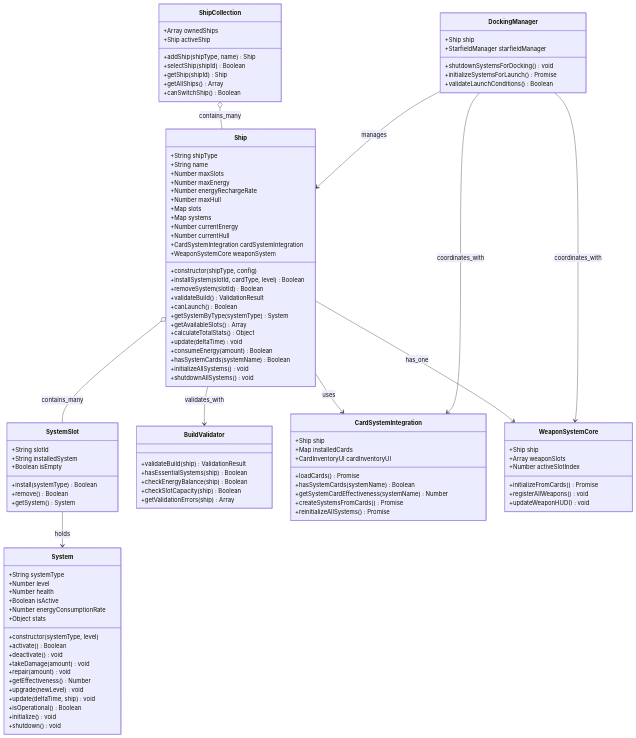
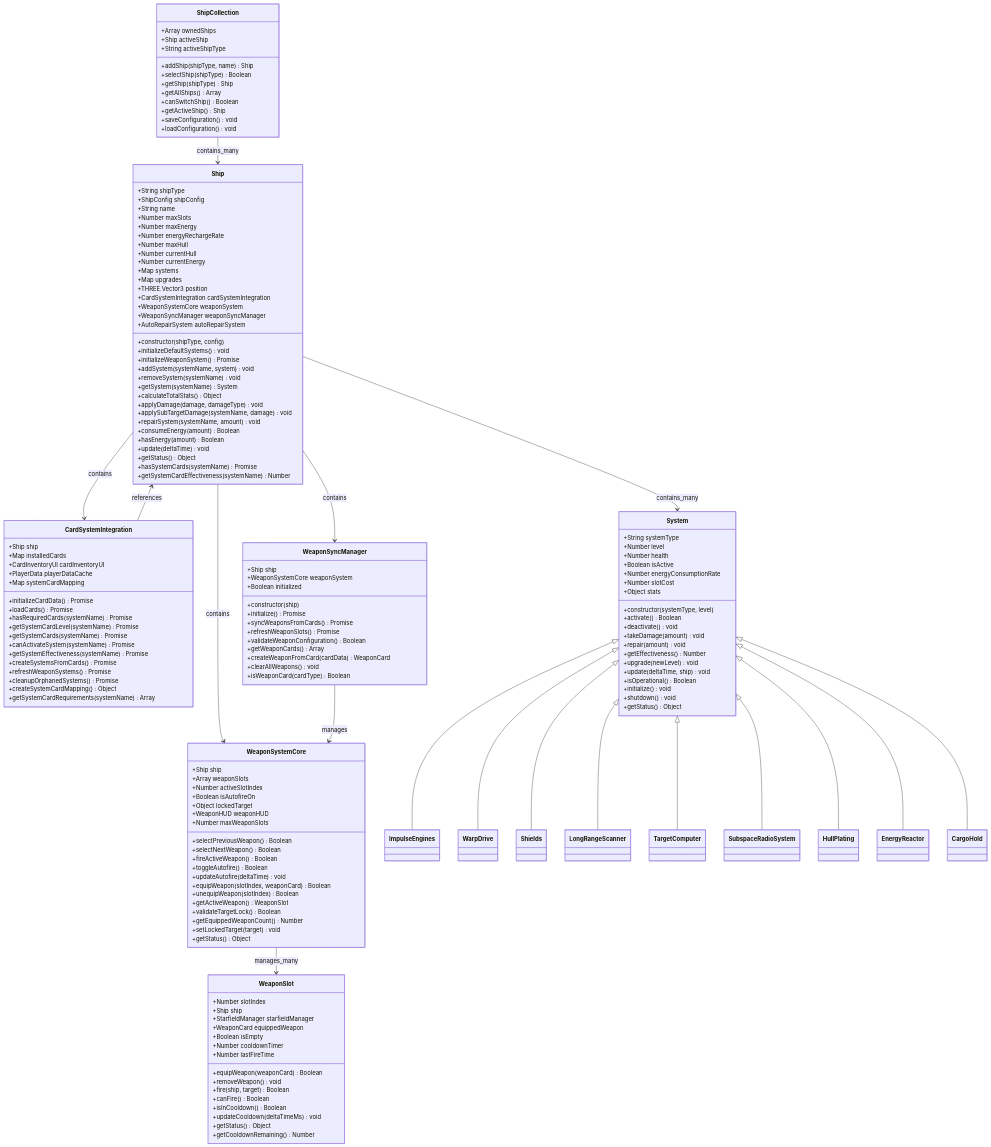
The fourth of 10 diagrams in docs/system_architecture.md (thoracle/planetz), drawn with Mermaid before and after one commit. The commit also changed other lines of this file and 3 other files, not shown here.

````diff
--- a/docs/system_architecture.md
+++ b/docs/system_architecture.md
@@ -117,39 +222,57 @@
 classDiagram
     class Ship {
         +String shipType
+        +ShipConfig shipConfig
         +String name
         +Number maxSlots
         +Number maxEnergy
         +Number energyRechargeRate
         +Number maxHull
-        +Map slots
+        +Number currentHull
+        +Number currentEnergy
         +Map systems
-        +Number currentEnergy
-        +Number currentHull
+        +Map upgrades
+        +THREE.Vector3 position
         +CardSystemIntegration cardSystemIntegration
         +WeaponSystemCore weaponSystem
+        +WeaponSyncManager weaponSyncManager
+        +AutoRepairSystem autoRepairSystem
         +constructor(shipType, config)
-        +installSystem(slotId, cardType, level) Boolean
-        +removeSystem(slotId) Boolean
-        +validateBuild() ValidationResult
-        +canLaunch() Boolean
-        +getSystemByType(systemType) System
-        +getAvailableSlots() Array
+        +initializeDefaultSystems() void
+        +initializeWeaponSystem() Promise
+        +addSystem(systemName, system) void
+        +removeSystem(systemName) void
+        +getSystem(systemName) System
         +calculateTotalStats() Object
+        +applyDamage(damage, damageType) void
+        +applySubTargetDamage(systemName, damage) void
+        +repairSystem(systemName, amount) void
+        +consumeEnergy(amount) Boolean
+        +hasEnergy(amount) Boolean
         +update(deltaTime) void
-        +consumeEnergy(amount) Boolean
-        +hasSystemCards(systemName) Boolean
-        +initializeAllSystems() void
-        +shutdownAllSystems() void
+        +getStatus() Object
+        +hasSystemCards(systemName) Promise
+        +getSystemCardEffectiveness(systemName) Number
     }
 
-    class SystemSlot {
-        +String slotId
-        +String installedSystem
-        +Boolean isEmpty
-        +install(systemType) Boolean
-        +remove() Boolean
-        +getSystem() System
+    class CardSystemIntegration {
+        +Ship ship
+        +Map installedCards
+        +CardInventoryUI cardInventoryUI
+        +PlayerData playerDataCache
+        +Map systemCardMapping
+        +initializeCardData() Promise
+        +loadCards() Promise
+        +hasRequiredCards(systemName) Promise
+        +getSystemCardLevel(systemName) Promise
+        +getSystemCards(systemName) Promise
+        +canActivateSystem(systemName) Promise
+        +getSystemEffectiveness(systemName) Promise
+        +createSystemsFromCards() Promise
+        +refreshWeaponSystems() Promise
+        +cleanupOrphanedSystems() Promise
+        +createSystemCardMapping() Object
+        +getSystemCardRequirements(systemName) Array
     }
 
     class System {
@@ -158,6 +281,7 @@
         +Number health
         +Boolean isActive
         +Number energyConsumptionRate
+        +Number slotCost
         +Object stats
         +constructor(systemType, level)
         +activate() Boolean
@@ -170,61 +294,93 @@
         +isOperational() Boolean
         +initialize() void
         +shutdown() void
-    }
-
-    class ShipCollection {
-        +Array ownedShips
-        +Ship activeShip
-        +addShip(shipType, name) Ship
-        +selectShip(shipId) Boolean
-        +getShip(shipId) Ship
-        +getAllShips() Array
-        +canSwitchShip() Boolean
-    }
-
-    class BuildValidator {
-        +validateBuild(ship) ValidationResult
-        +hasEssentialSystems(ship) Boolean
-        +checkEnergyBalance(ship) Boolean
-        +checkSlotCapacity(ship) Boolean
-        +getValidationErrors(ship) Array
-    }
-
-    class CardSystemIntegration {
-        +Ship ship
-        +Map installedCards
-        +CardInventoryUI cardInventoryUI
-        +loadCards() Promise
-        +hasSystemCards(systemName) Boolean
-        +getSystemCardEffectiveness(systemName) Number
-        +createSystemsFromCards() Promise
-        +reinitializeAllSystems() Promise
+        +getStatus() Object
     }
 
     class WeaponSystemCore {
         +Ship ship
         +Array weaponSlots
         +Number activeSlotIndex
-        +initializeFromCards() Promise
-        +registerAllWeapons() void
-        +updateWeaponHUD() void
+        +Boolean isAutofireOn
+        +Object lockedTarget
+        +WeaponHUD weaponHUD
+        +Number maxWeaponSlots
+        +selectPreviousWeapon() Boolean
+        +selectNextWeapon() Boolean
+        +fireActiveWeapon() Boolean
+        +toggleAutofire() Boolean
+        +updateAutofire(deltaTime) void
+        +equipWeapon(slotIndex, weaponCard) Boolean
+        +unequipWeapon(slotIndex) Boolean
+        +getActiveWeapon() WeaponSlot
+        +validateTargetLock() Boolean
+        +getEquippedWeaponCount() Number
+        +setLockedTarget(target) void
+        +getStatus() Object
     }
 
-    class DockingManager {
+    class WeaponSlot {
+        +Number slotIndex
         +Ship ship
         +StarfieldManager starfieldManager
-        +shutdownSystemsForDocking() void
-        +initializeSystemsForLaunch() Promise
-        +validateLaunchConditions() Boolean
+        +WeaponCard equippedWeapon
+        +Boolean isEmpty
+        +Number cooldownTimer
+        +Number lastFireTime
+        +equipWeapon(weaponCard) Boolean
+        +removeWeapon() void
+        +fire(ship, target) Boolean
+        +canFire() Boolean
+        +isInCooldown() Boolean
+        +updateCooldown(deltaTimeMs) void
+        +getStatus() Object
+        +getCooldownRemaining() Number
     }
 
-    Ship o-- SystemSlot : contains_many
-    SystemSlot --> System : holds
-    Ship --> CardSystemIntegration : uses
-    Ship --> WeaponSystemCore : has_one
-    Ship --> BuildValidator : validates_with
-    ShipCollection o-- Ship : contains_many
-    DockingManager --> Ship : manages
-    DockingManager --> CardSystemIntegration : coordinates_with
-    DockingManager --> WeaponSystemCore : coordinates_with
+    class WeaponSyncManager {
+        +Ship ship
+        +WeaponSystemCore weaponSystem
+        +Boolean initialized
+        +constructor(ship)
+        +initialize() Promise
+        +syncWeaponsFromCards() Promise
+        +refreshWeaponSlots() Promise
+        +validateWeaponConfiguration() Boolean
+        +getWeaponCards() Array
+        +createWeaponFromCard(cardData) WeaponCard
+        +clearAllWeapons() void
+        +isWeaponCard(cardType) Boolean
+    }
+
+    class ShipCollection {
+        +Array ownedShips
+        +Ship activeShip
+        +String activeShipType
+        +addShip(shipType, name) Ship
+        +selectShip(shipType) Boolean
+        +getShip(shipType) Ship
+        +getAllShips() Array
+        +canSwitchShip() Boolean
+        +getActiveShip() Ship
+        +saveConfiguration() void
+        +loadConfiguration() void
+    }
+
+    Ship --> CardSystemIntegration : contains
+    Ship --> System : contains_many
+    Ship --> WeaponSystemCore : contains
+    Ship --> WeaponSyncManager : contains
+    CardSystemIntegration --> Ship : references
+    WeaponSystemCore --> WeaponSlot : manages_many
+    WeaponSyncManager --> WeaponSystemCore : manages
+    ShipCollection --> Ship : contains_many
+    System <|-- ImpulseEngines
+    System <|-- WarpDrive
+    System <|-- Shields
+    System <|-- LongRangeScanner
+    System <|-- TargetComputer
+    System <|-- SubspaceRadioSystem
+    System <|-- HullPlating
+    System <|-- EnergyReactor
+    System <|-- CargoHold
 ```
````
